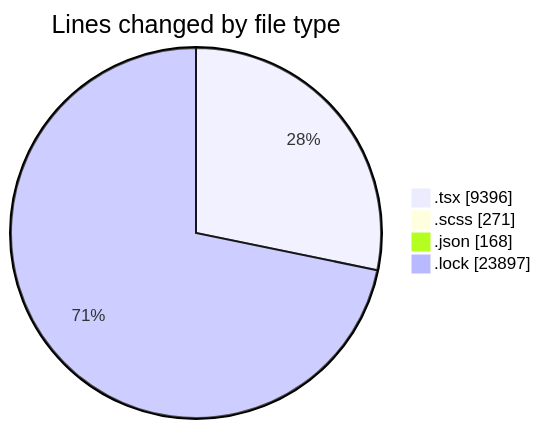
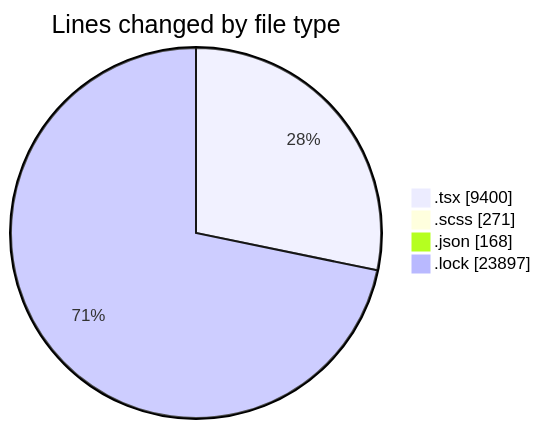
The first of 2 diagrams in 2025-11-18/cda/README.md (momahboobian/code-tracking), drawn with Mermaid before and after one commit. The commit also changed other lines of this file and 1 other file, not shown here.

````diff
--- a/2025-11-18/cda/README.md
+++ b/2025-11-18/cda/README.md
@@ -38,8 +38,8 @@
 ```mermaid
 pie showData
 title Lines changed by file type
-".tsx" : 9396
+".tsx" : 9400
 ".scss" : 271
 ".json" : 168
 ".lock" : 23897
 ```
````
